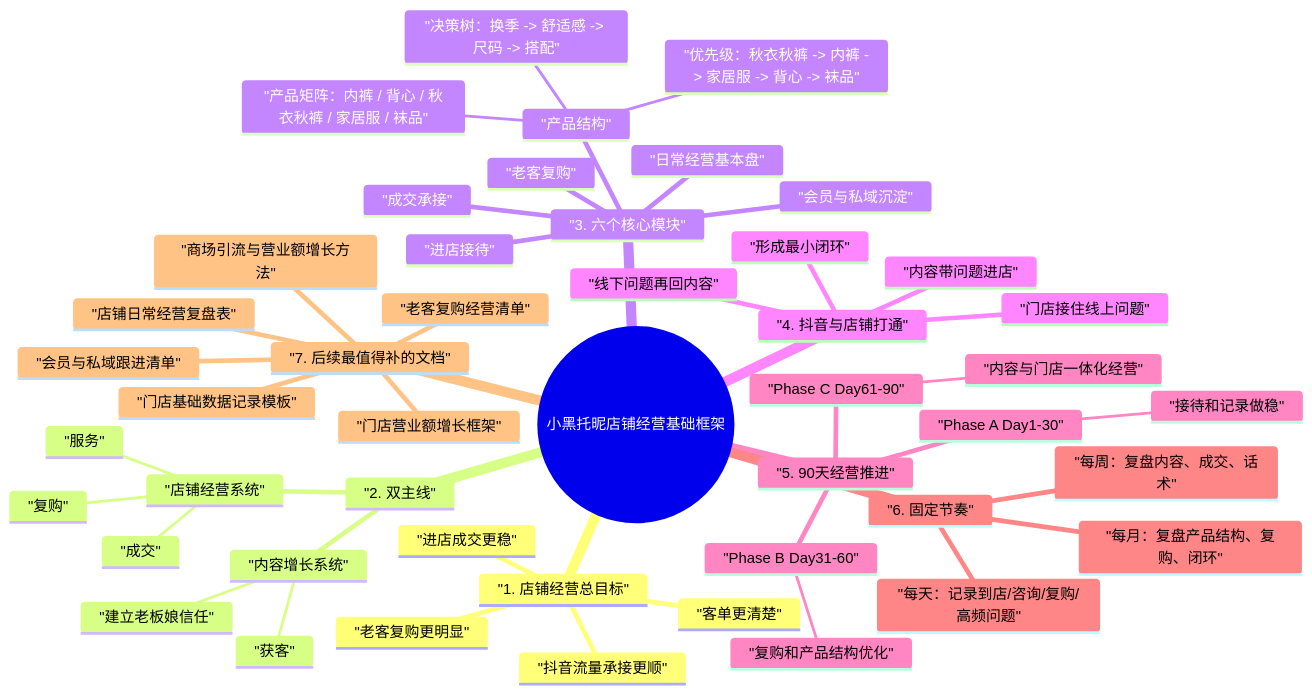
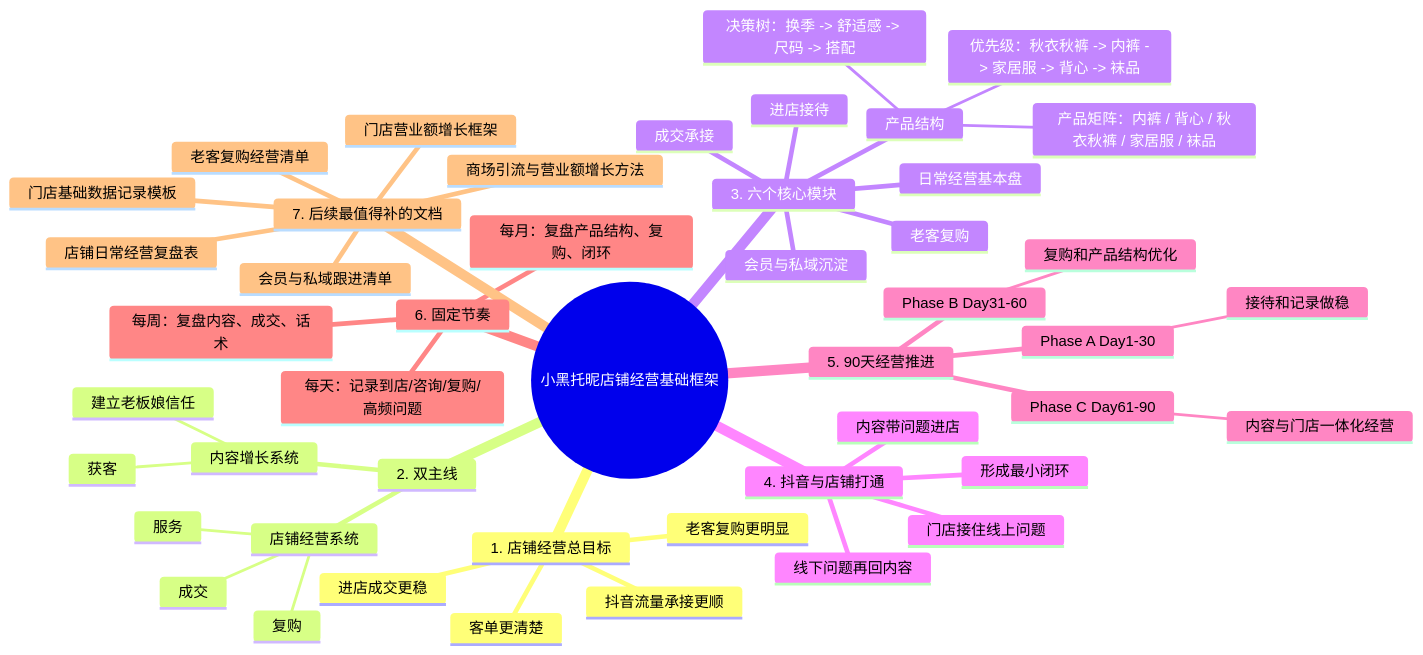
The diagram in mindmaps/06-店铺经营基础框架-mindmap.md (lizhihui0215/Black-Tonny), drawn with Mermaid before and after one commit. The commit also changed 29 other files, not shown here.

Commit message:
docs: fix mermaid mindmaps and add xmind exports

````diff
--- a/mindmaps/06-店铺经营基础框架-mindmap.md
+++ b/mindmaps/06-店铺经营基础框架-mindmap.md
@@ -3,50 +3,50 @@
 ```mermaid
 mindmap
-  root(("小黑托昵店铺经营基础框架"))
-    "1. 店铺经营总目标"
-      "进店成交更稳"
-      "客单更清楚"
-      "老客复购更明显"
-      "抖音流量承接更顺"
-    "2. 双主线"
-      "内容增长系统"
-        "获客"
-        "建立老板娘信任"
-      "店铺经营系统"
-        "成交"
-        "服务"
-        "复购"
-    "3. 六个核心模块"
-      "进店接待"
-      "产品结构"
-        "产品矩阵：内裤 / 背心 / 秋衣秋裤 / 家居服 / 袜品"
-        "优先级：秋衣秋裤 -> 内裤 -> 家居服 -> 背心 -> 袜品"
-        "决策树：换季 -> 舒适感 -> 尺码 -> 搭配"
-      "成交承接"
-      "老客复购"
-      "会员与私域沉淀"
-      "日常经营基本盘"
-    "4. 抖音与店铺打通"
-      "内容带问题进店"
-      "门店接住线上问题"
-      "线下问题再回内容"
-      "形成最小闭环"
-    "5. 90天经营推进"
-      "Phase A Day1-30"
-        "接待和记录做稳"
-      "Phase B Day31-60"
-        "复购和产品结构优化"
-      "Phase C Day61-90"
-        "内容与门店一体化经营"
-    "6. 固定节奏"
-      "每天：记录到店/咨询/复购/高频问题"
-      "每周：复盘内容、成交、话术"
-      "每月：复盘产品结构、复购、闭环"
-    "7. 后续最值得补的文档"
-      "店铺日常经营复盘表"
-      "商场引流与营业额增长方法"
-      "门店营业额增长框架"
-      "老客复购经营清单"
-      "会员与私域跟进清单"
-      "门店基础数据记录模板"
+  root((小黑托昵店铺经营基础框架))
+    1. 店铺经营总目标
+      进店成交更稳
+      客单更清楚
+      老客复购更明显
+      抖音流量承接更顺
+    2. 双主线
+      内容增长系统
+        获客
+        建立老板娘信任
+      店铺经营系统
+        成交
+        服务
+        复购
+    3. 六个核心模块
+      进店接待
+      产品结构
+        产品矩阵：内裤 / 背心 / 秋衣秋裤 / 家居服 / 袜品
+        优先级：秋衣秋裤 -> 内裤 -> 家居服 -> 背心 -> 袜品
+        决策树：换季 -> 舒适感 -> 尺码 -> 搭配
+      成交承接
+      老客复购
+      会员与私域沉淀
+      日常经营基本盘
+    4. 抖音与店铺打通
+      内容带问题进店
+      门店接住线上问题
+      线下问题再回内容
+      形成最小闭环
+    5. 90天经营推进
+      Phase A Day1-30
+        接待和记录做稳
+      Phase B Day31-60
+        复购和产品结构优化
+      Phase C Day61-90
+        内容与门店一体化经营
+    6. 固定节奏
+      每天：记录到店/咨询/复购/高频问题
+      每周：复盘内容、成交、话术
+      每月：复盘产品结构、复购、闭环
+    7. 后续最值得补的文档
+      店铺日常经营复盘表
+      商场引流与营业额增长方法
+      门店营业额增长框架
+      老客复购经营清单
+      会员与私域跟进清单
+      门店基础数据记录模板
 ```
````
